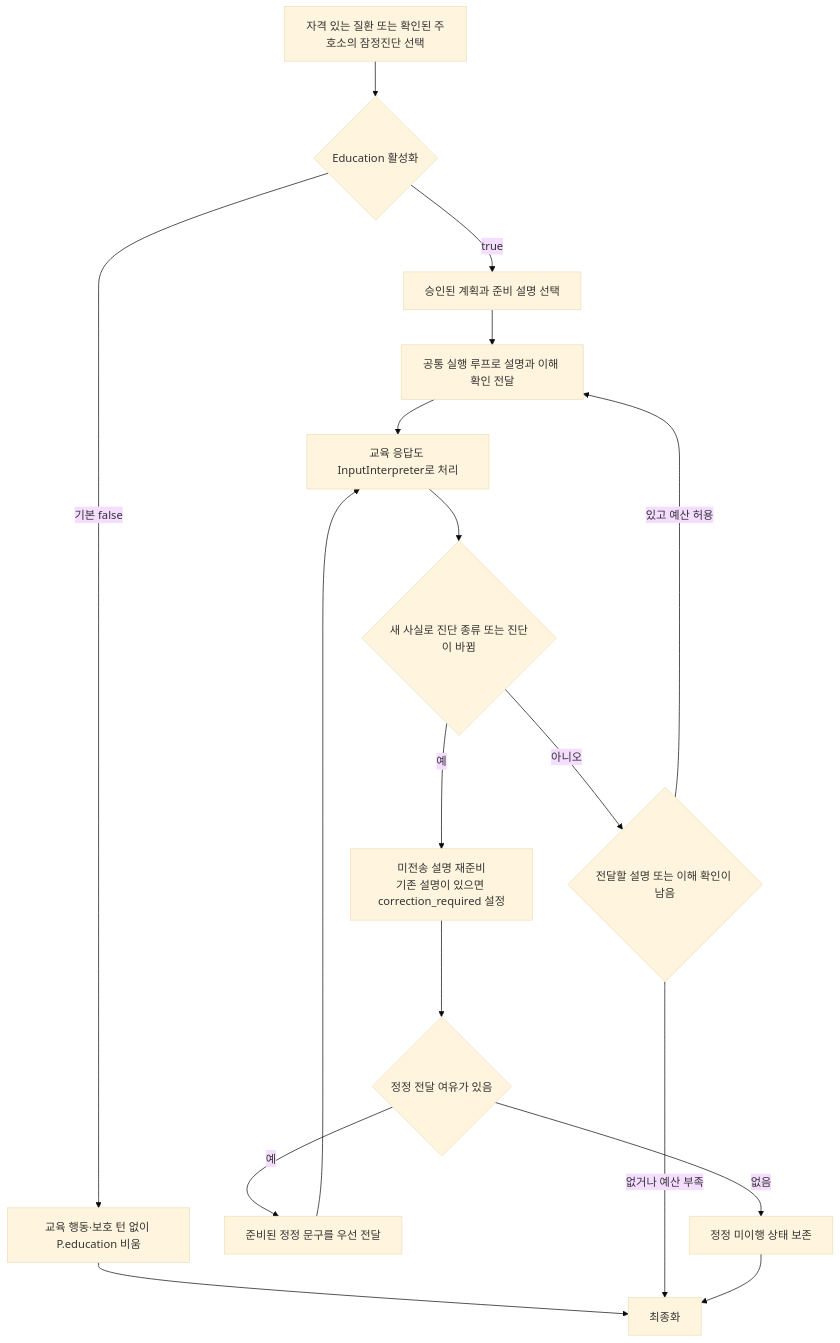
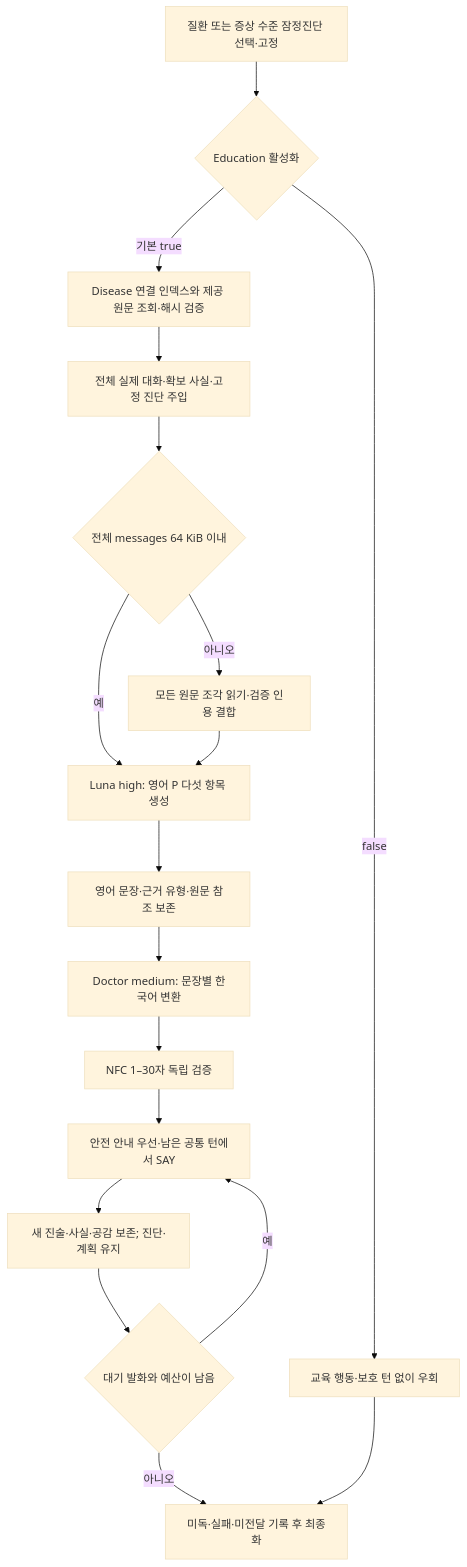
Before and after one commit to devRestain/Ontoward: the sixth of 12 diagrams in submission/README.md, drawn with Mermaid (base theme). The commit also changed other lines of this file and 65 other files, not shown here.

````diff
--- a/submission/README.md
+++ b/submission/README.md
@@ -202,19 +203,20 @@
 ```mermaid
 flowchart TD
-    E0["자격 있는 질환 또는 확인된 주호소의 잠정진단 선택"] --> Enabled{"Education 활성화"}
-    Enabled -->|기본 false| Skip["교육 행동·보호 턴 없이 P.education 비움"]
-    Skip --> E10["최종화"]
-    Enabled -->|true| E1["승인된 계획과 준비 설명 선택"]
-    E1 --> E2["공통 실행 루프로 설명과 이해 확인 전달"]
-    E2 --> E3["교육 응답도 InputInterpreter로 처리"]
-    E3 --> E4{"새 사실로 진단 종류 또는 진단이 바뀜"}
-    E4 -->|예| E5["미전송 설명 재준비<br/>기존 설명이 있으면 correction_required 설정"]
-    E5 --> E6{"정정 전달 여유가 있음"}
-    E6 -->|예| E7["준비된 정정 문구를 우선 전달"]
-    E7 --> E3
-    E6 -->|없음| E8["정정 미이행 상태 보존"]
-    E4 -->|아니오| E9{"전달할 설명 또는 이해 확인이 남음"}
-    E9 -->|있고 예산 허용| E2
-    E9 -->|없거나 예산 부족| E10["최종화"]
-    E8 --> E10
+    E0["질환 또는 증상 수준 잠정진단 선택·고정"] --> Enabled{"Education 활성화"}
+    Enabled -->|false| Skip["교육 행동·보호 턴 없이 우회"]
+    Enabled -->|기본 true| E1["Disease 연결 인덱스와 제공 원문 조회·해시 검증"]
+    E1 --> E2["전체 실제 대화·확보 사실·고정 진단 주입"]
+    E2 --> Size{"전체 messages 64 KiB 이내"}
+    Size -->|예| E3["Luna high: 영어 P 다섯 항목 생성"]
+    Size -->|아니오| Read["모든 원문 조각 읽기·검증 인용 결합"]
+    Read --> E3
+    E3 --> P["영어 문장·근거 유형·원문 참조 보존"]
+    P --> Doctor["Doctor medium: 문장별 한국어 변환"]
+    Doctor --> Validate["NFC 1–30자 독립 검증"]
+    Validate --> Say["안전 안내 우선·남은 공통 턴에서 SAY"]
+    Say --> Reply["새 진술·사실·공감 보존; 진단·계획 유지"]
+    Reply --> More{"대기 발화와 예산이 남음"}
+    More -->|예| Say
+    More -->|아니오| Final["미독·실패·미전달 기록 후 최종화"]
+    Skip --> Final
 ```
````
